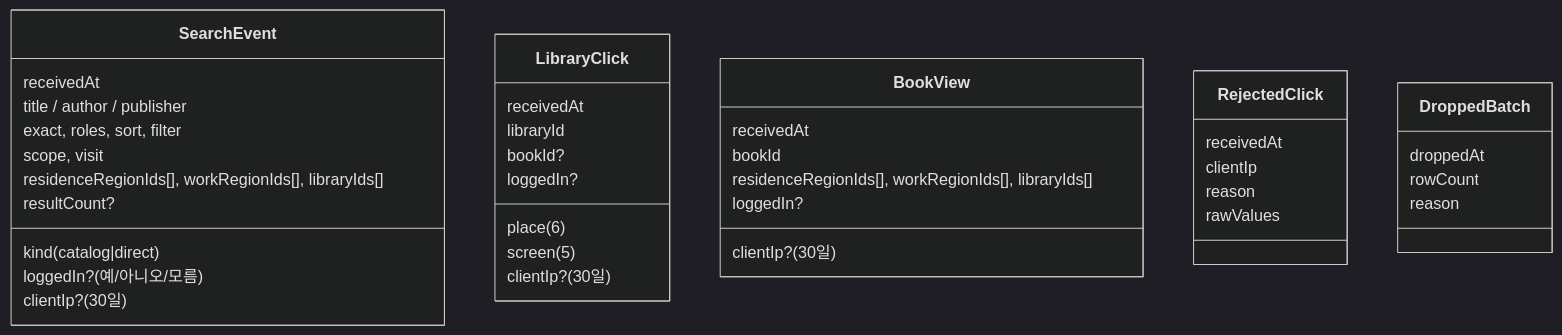
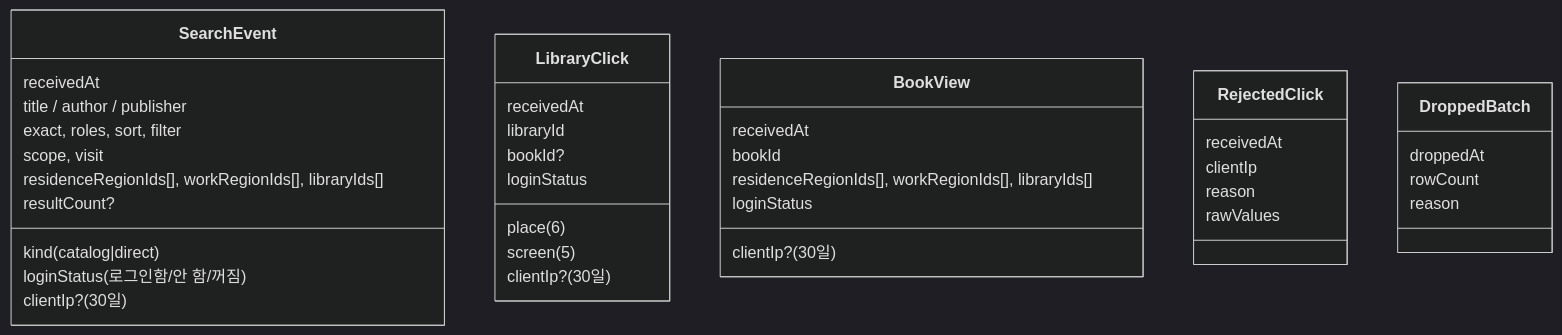
The sixth of 7 diagrams in docs/cycles/15-usage-log/design-delta.md (hodu-sketch/chaekcheck-plan), drawn with Mermaid (dark theme) before and after one commit. The commit also changed other lines of this file and 2 other files, not shown here.

Commit message:
cycle 15: design draft cleaned for server-side login status (no loggedIn param), diagrams redrawn

````diff
--- a/docs/cycles/15-usage-log/design-delta.md
+++ b/docs/cycles/15-usage-log/design-delta.md
@@ -117,41 +119,41 @@
 ```mermaid
 classDiagram
   class SearchEvent {
     receivedAt
     kind (catalog|direct)
     title / author / publisher
     exact, roles, sort, filter
     scope, visit
     residenceRegionIds[], workRegionIds[], libraryIds[]
     resultCount?
-    loggedIn? (예/아니오/모름)
+    loginStatus (로그인함/안 함/꺼짐)
     clientIp? (30일)
   }
   class LibraryClick {
     receivedAt
     libraryId
     place (6)
     screen (5)
     bookId?
-    loggedIn?
+    loginStatus
     clientIp? (30일)
   }
   class BookView {
     receivedAt
     bookId
     residenceRegionIds[], workRegionIds[], libraryIds[]
-    loggedIn?
+    loginStatus
     clientIp? (30일)
   }
   class RejectedClick {
     receivedAt
     clientIp
     reason
     rawValues
   }
   class DroppedBatch {
     droppedAt
     rowCount
     reason
   }
 ```
````
